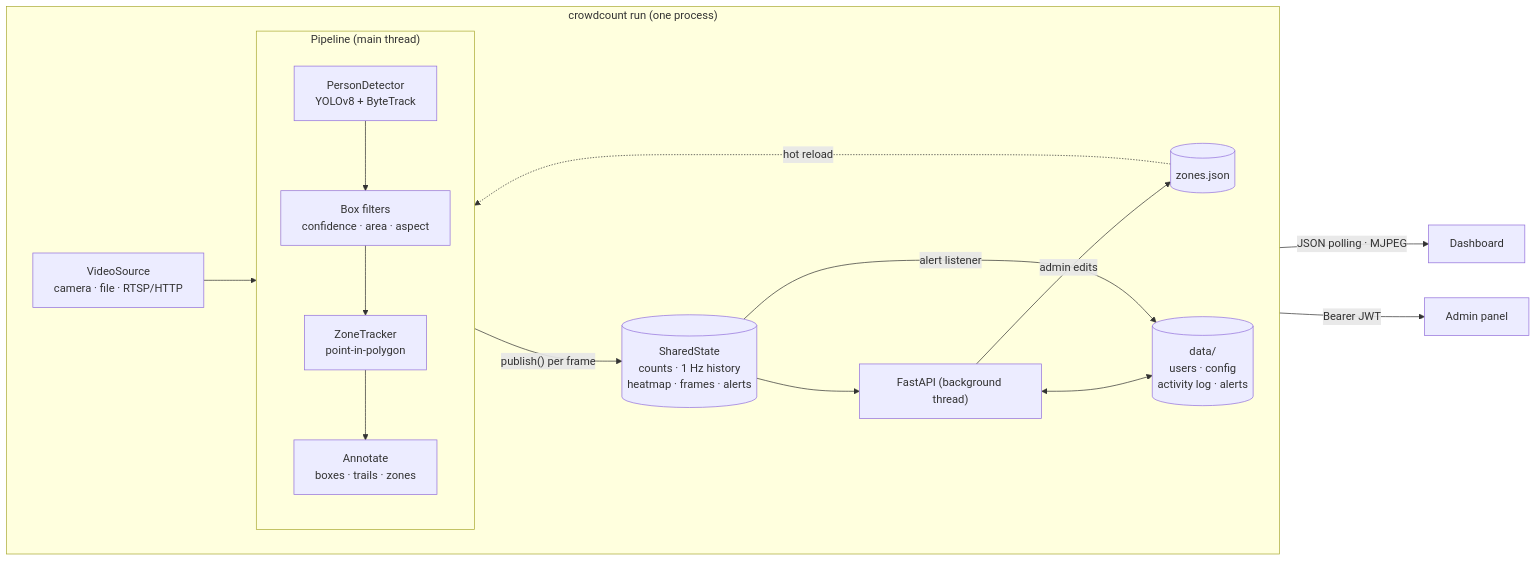
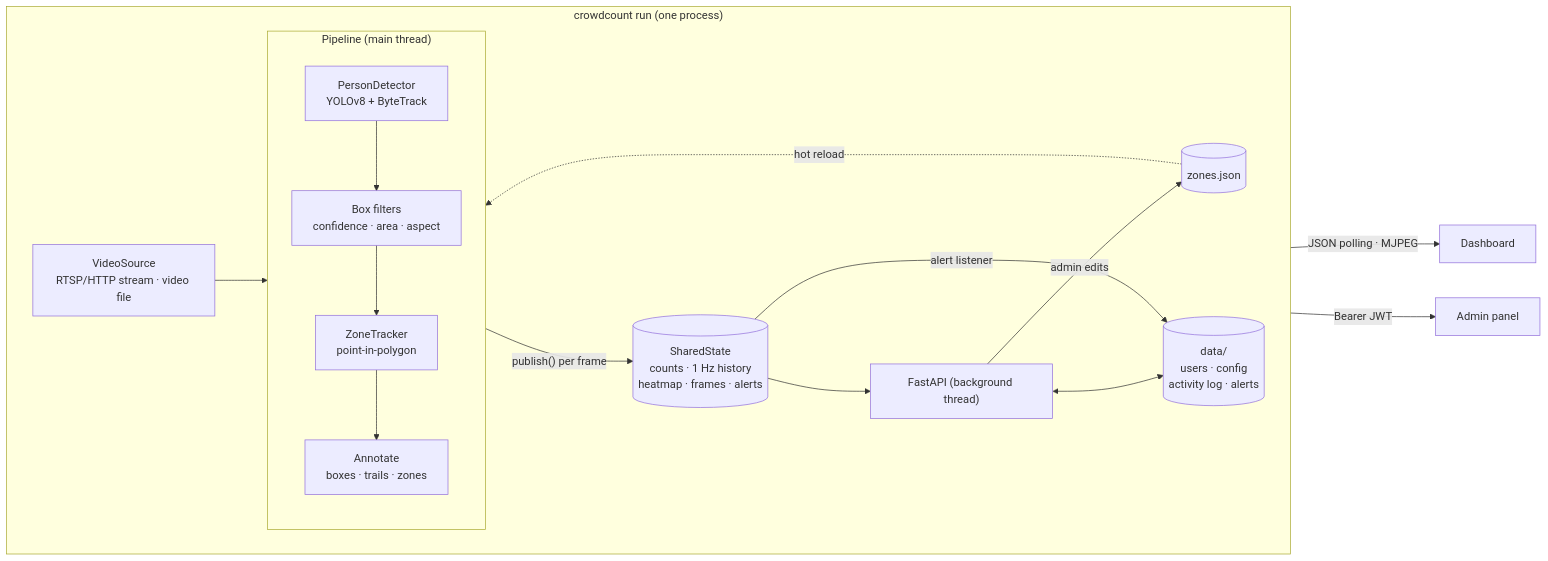
The diagram in docs/architecture.md (nvmaditya/CrowdCount), drawn with Mermaid before and after one commit. The commit also changed other lines of this file and 23 other files, not shown here.

First line of the commit message:
refactor: remove local camera support; sources are video files and streams

````diff
--- a/docs/architecture.md
+++ b/docs/architecture.md
@@ -9,21 +9,21 @@
 ```mermaid
 flowchart LR
     subgraph process["crowdcount run (one process)"]
         direction LR
-        src["VideoSource<br/>camera · file · RTSP/HTTP"] --> pipe
+        src["VideoSource<br/>RTSP/HTTP stream · video file"] --> pipe
         subgraph pipe["Pipeline (main thread)"]
             direction TB
             det["PersonDetector<br/>YOLOv8 + ByteTrack"] --> filt["Box filters<br/>confidence · area · aspect"]
             filt --> zt["ZoneTracker<br/>point-in-polygon"]
             zt --> ann["Annotate<br/>boxes · trails · zones"]
         end
         pipe -- "publish() per frame" --> state[("SharedState<br/>counts · 1 Hz history<br/>heatmap · frames · alerts")]
         state --> api["FastAPI (background thread)"]
         zones[("zones.json")] -. "hot reload" .-> pipe
         api -- "admin edits" --> zones
         api <--> store[("data/<br/>users · config<br/>activity log · alerts")]
         state -- "alert listener" --> store
     end
     api -- "JSON polling · MJPEG" --> dash["Dashboard"]
     api -- "Bearer JWT" --> admin["Admin panel"]
 ```
````
